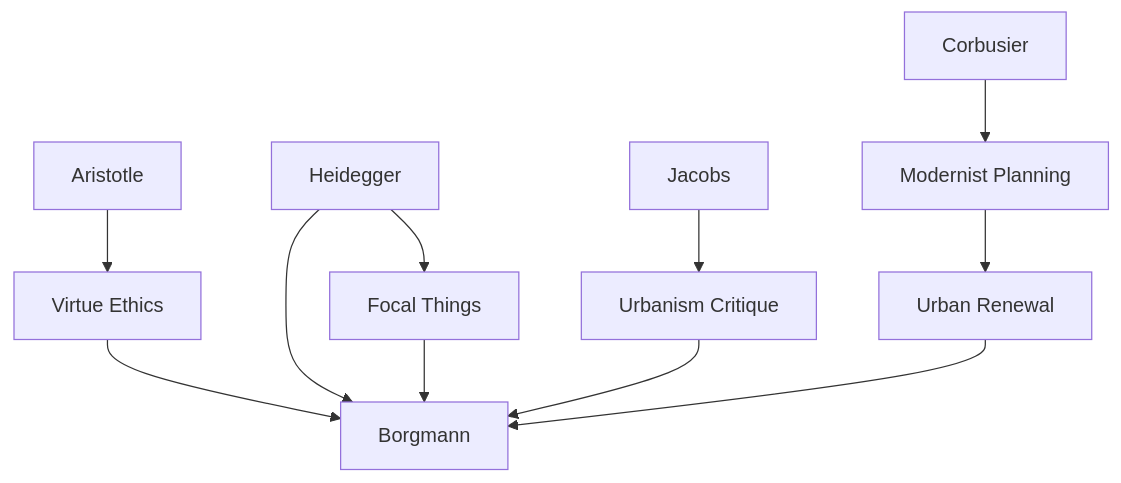
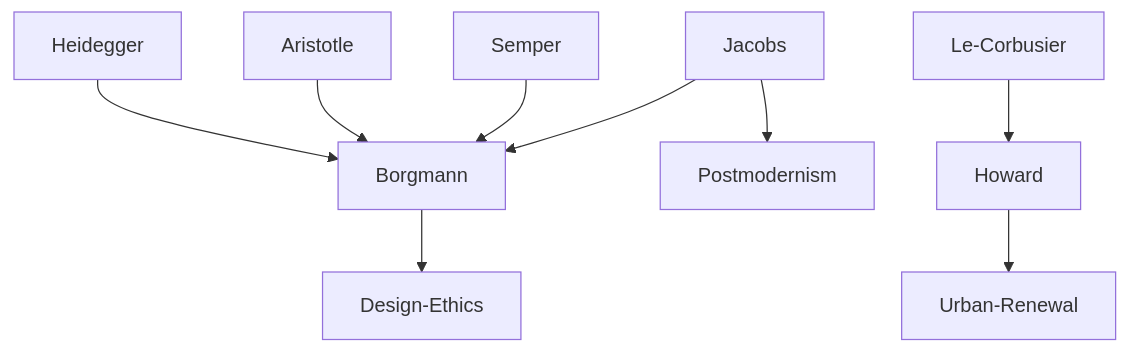
Before and after one commit to graph-ist/zettelkasten: the diagram in content/The depth of design.md, drawn with Mermaid. The commit also changed other lines of this file and 14 other files, not shown here.

First line of the commit message:
Add new philosophical texts on artifacts, ethics, and the nature of things

````diff
--- a/content/The depth of design.md
+++ b/content/The depth of design.md
@@ -52,15 +70,13 @@
 ```mermaid
 flowchart TD
-    Aristotle --> VirtueEthics[Virtue Ethics]
-    VirtueEthics --> Borgmann
     Heidegger --> Borgmann
-    Heidegger --> FocalThings[Focal Things]
-    FocalThings --> Borgmann
-    Jacobs --> UrbanismCritique[Urbanism Critique]
-    UrbanismCritique --> Borgmann
-    Corbusier --> Modernism[Modernist Planning]
-    Modernism --> UrbanRenewal[Urban Renewal]
-    UrbanRenewal --> Borgmann
+    Aristotle --> Borgmann
+    Jacobs --> Borgmann
+    Semper --> Borgmann
+    Le-Corbusier --> Howard
+    Howard --> Urban-Renewal
+    Jacobs --> Postmodernism
+    Borgmann --> Design-Ethics
 
-    class Aristotle,VirtueEthics,Borgmann,Heidegger,FocalThings,Jacobs,UrbanismCritique,Corbusier,Modernism,UrbanRenewal internal-link;
+    class Heidegger,Borgmann,Aristotle,Jacobs,Semper,Le-Corbusier,Howard,Urban-Renewal,Postmodernism,Design-Ethics internal-link;
 ```
````
